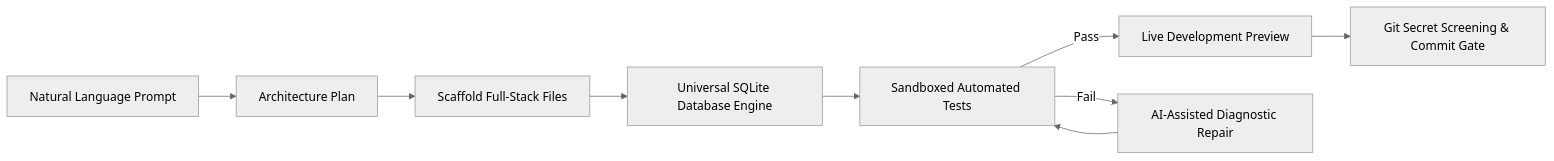
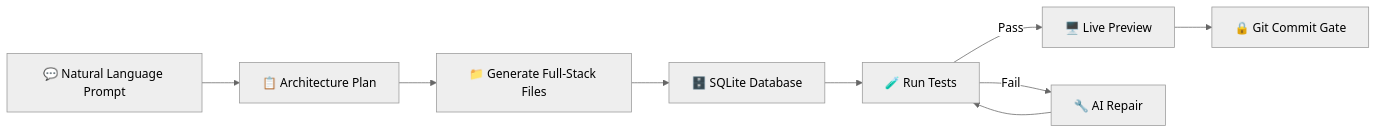
One commit to omkhade75/prototype changed the first of 2 diagrams in README.md. Above: the diagram before and after it, drawn with Mermaid (neutral theme). The commit also changed other lines of this file, not shown here.

````diff
--- a/README.md
+++ b/README.md
@@ -230,11 +276,11 @@
 ```mermaid
 flowchart LR
-    A[Natural Language Prompt] --> B[Architecture Plan]
-    B --> C[Scaffold Full-Stack Files]
-    C --> D[Universal SQLite Database Engine]
-    D --> E[Sandboxed Automated Tests]
-    E -->|Pass| F[Live Development Preview]
-    E -->|Fail| G[AI-Assisted Diagnostic Repair]
+    A["💬 Natural Language Prompt"] --> B["📋 Architecture Plan"]
+    B --> C["📁 Generate Full-Stack Files"]
+    C --> D["🗄️ SQLite Database"]
+    D --> E["🧪 Run Tests"]
+    E -->|Pass| F["🖥️ Live Preview"]
+    E -->|Fail| G["🔧 AI Repair"]
     G --> E
-    F --> H[Git Secret Screening & Commit Gate]
+    F --> H["🔒 Git Commit Gate"]
 ```
````
